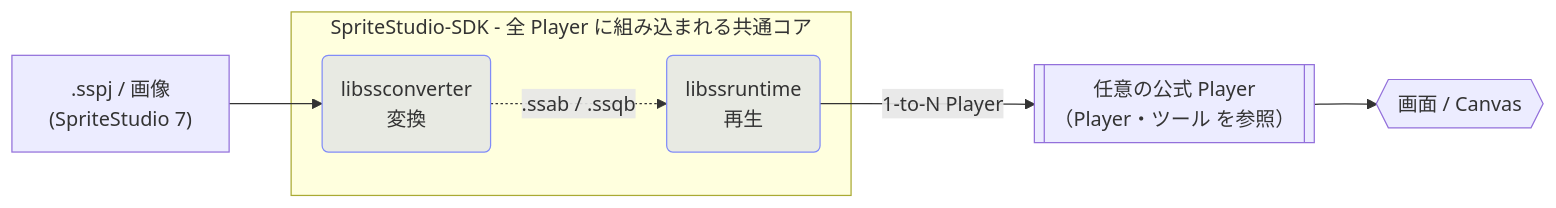
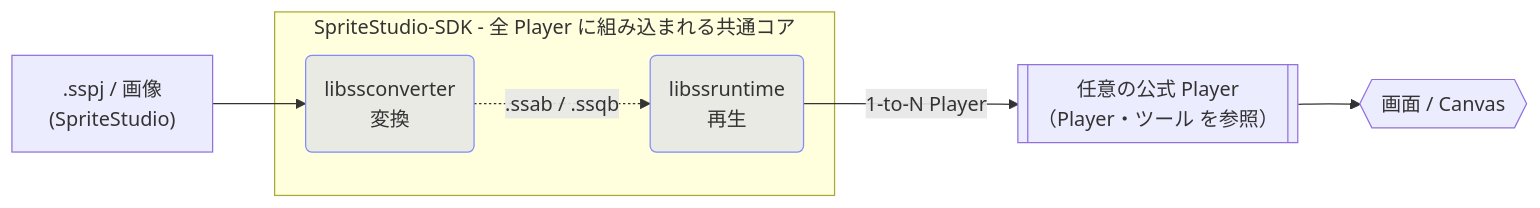
Before and after one commit to cri-middleware/SpriteStudio-Docs: the diagram in docs/ja/overview/ecosystem.md, drawn with Mermaid. The commit also changed 25 other files, not shown here.

Commit message:
docs: call it SpriteStudio

````diff
--- a/docs/ja/overview/ecosystem.md
+++ b/docs/ja/overview/ecosystem.md
@@ -11,19 +11,19 @@
 ```mermaid
 graph LR
-    SS[" .sspj / 画像<br/>(SpriteStudio 7) "]
+    SS[" .sspj / 画像<br/>(SpriteStudio) "]
 
     subgraph SDK ["SpriteStudio-SDK - 全 Player に組み込まれる共通コア"]
         CONV(" libssconverter<br/>変換 ")
         RT(" libssruntime<br/>再生 ")
     end
 
     PLAYER[[" 任意の公式 Player<br/>（Player・ツール を参照） "]]
     SCREEN{{" 画面 / Canvas "}}
 
     SS --> CONV
     CONV -. ".ssab / .ssqb" .-> RT
     RT -- "1-to-N Player" --> PLAYER --> SCREEN
 
     classDef sdk fill:#818cf82e,stroke:#818cf8;
     class CONV,RT sdk;
 ```
````
